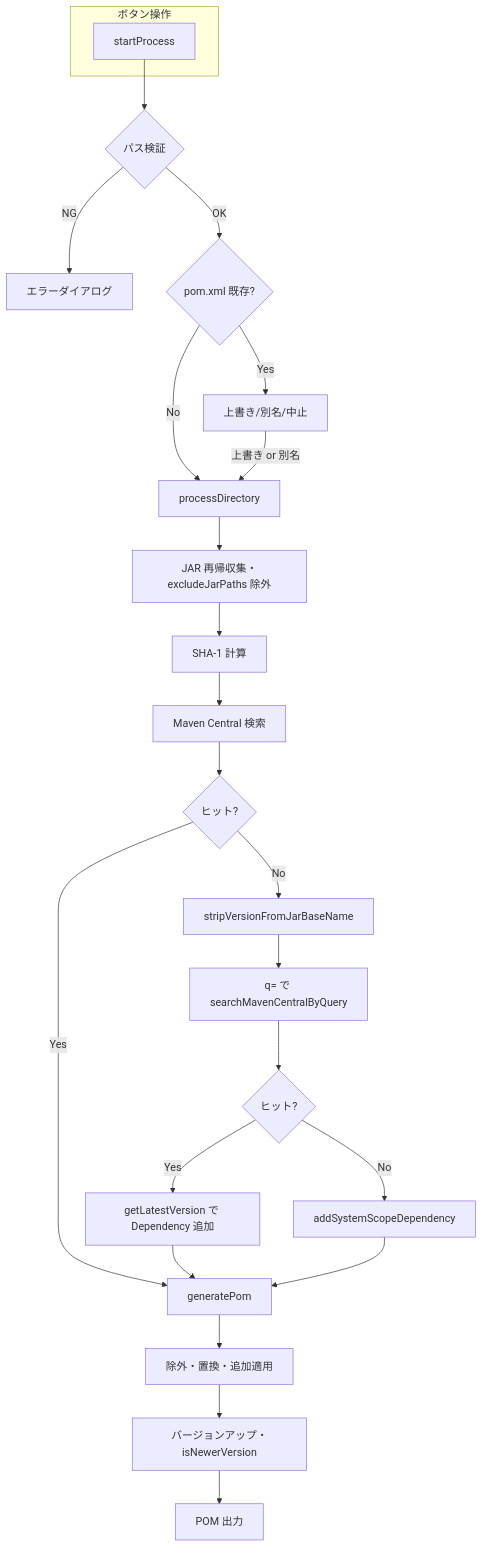
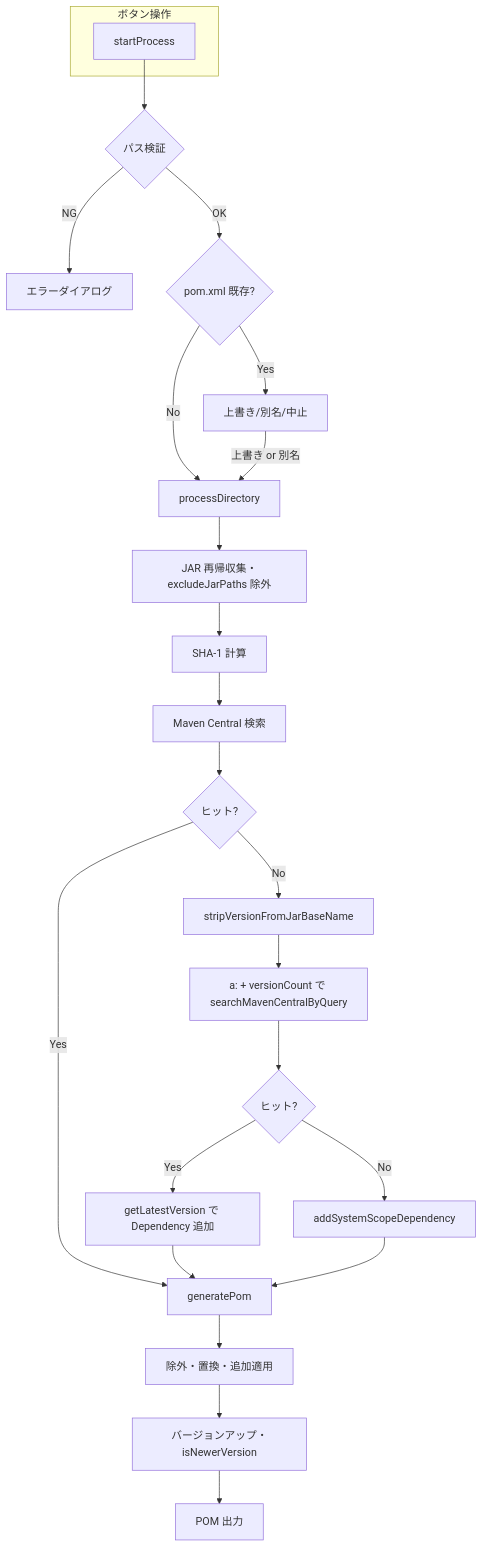
One commit to cac81571/ant-to-maven-converter changed the second of 6 diagrams in docs/METHODS.md. Above: the diagram before and after it, drawn with Mermaid. The commit also changed other lines of this file and 3 other files, not shown here.

````diff
--- a/docs/METHODS.md
+++ b/docs/METHODS.md
@@ -167,27 +169,27 @@
 ```mermaid
 flowchart TB
     subgraph ボタン操作
         S[startProcess]
     end
     S --> V{パス検証}
     V -->|NG| E[エラーダイアログ]
     V -->|OK| W{pom.xml 既存?}
     W -->|Yes| O[上書き/別名/中止]
     W -->|No| P[processDirectory]
     O -->|上書き or 別名| P
     P --> P1[JAR 再帰収集・excludeJarPaths 除外]
     P1 --> P2[SHA-1 計算]
     P2 --> P3[Maven Central 検索]
     P3 --> P3b{ヒット?}
     P3b -->|No| P3c[stripVersionFromJarBaseName]
-    P3c --> P3d[q= で searchMavenCentralByQuery]
+    P3c --> P3d[a: + versionCount で searchMavenCentralByQuery]
     P3d --> P3e{ヒット?}
     P3e -->|Yes| P3f[getLatestVersion で Dependency 追加]
     P3e -->|No| P3g[addSystemScopeDependency]
     P3b -->|Yes| P4[generatePom]
     P3f --> P4
     P3g --> P4
     P4 --> G1[除外・置換・追加適用]
     G1 --> G2[バージョンアップ・isNewerVersion]
     G2 --> G3[POM 出力]
 ```
````
